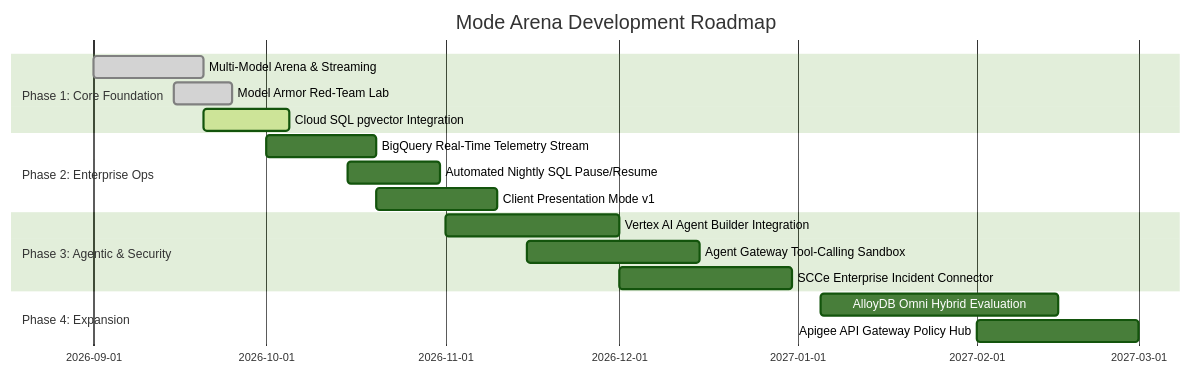
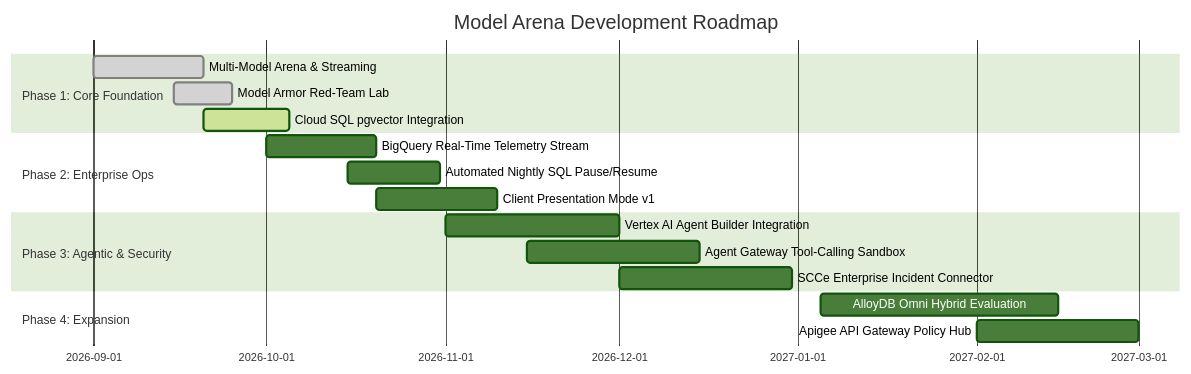
The diagram in docs/ROADMAP.md (frankien-work/Model-Arena), drawn with Mermaid (forest theme) before and after one commit. The commit also changed other lines of this file and 24 other files, not shown here.

Commit message:
chore: rename platform to Model Arena across codebase and documentation

````diff
--- a/docs/ROADMAP.md
+++ b/docs/ROADMAP.md
@@ -9,20 +9,20 @@
 ```mermaid
 gantt
-    title Mode Arena Development Roadmap
+    title Model Arena Development Roadmap
     dateFormat  YYYY-MM-DD
     section Phase 1: Core Foundation
     Multi-Model Arena & Streaming      :done,    des1, 2026-09-01, 2026-09-20
     Model Armor Red-Team Lab          :done,    des2, 2026-09-15, 2026-09-25
     Cloud SQL pgvector Integration     :active,  des3, 2026-09-20, 2026-10-05
     section Phase 2: Enterprise Ops
     BigQuery Real-Time Telemetry Stream:         des4, 2026-10-01, 2026-10-20
     Automated Nightly SQL Pause/Resume :         des5, 2026-10-15, 2026-10-31
     Client Presentation Mode v1        :         des6, 2026-10-20, 2026-11-10
     section Phase 3: Agentic & Security
     Vertex AI Agent Builder Integration:         des7, 2026-11-01, 2026-12-01
     Agent Gateway Tool-Calling Sandbox :         des8, 2026-11-15, 2026-12-15
     SCCe Enterprise Incident Connector :         des9, 2026-12-01, 2026-12-31
     section Phase 4: Expansion
     AlloyDB Omni Hybrid Evaluation     :         des10, 2027-01-05, 2027-02-15
     Apigee API Gateway Policy Hub      :         des11, 2027-02-01, 2027-03-01
 ```
````
